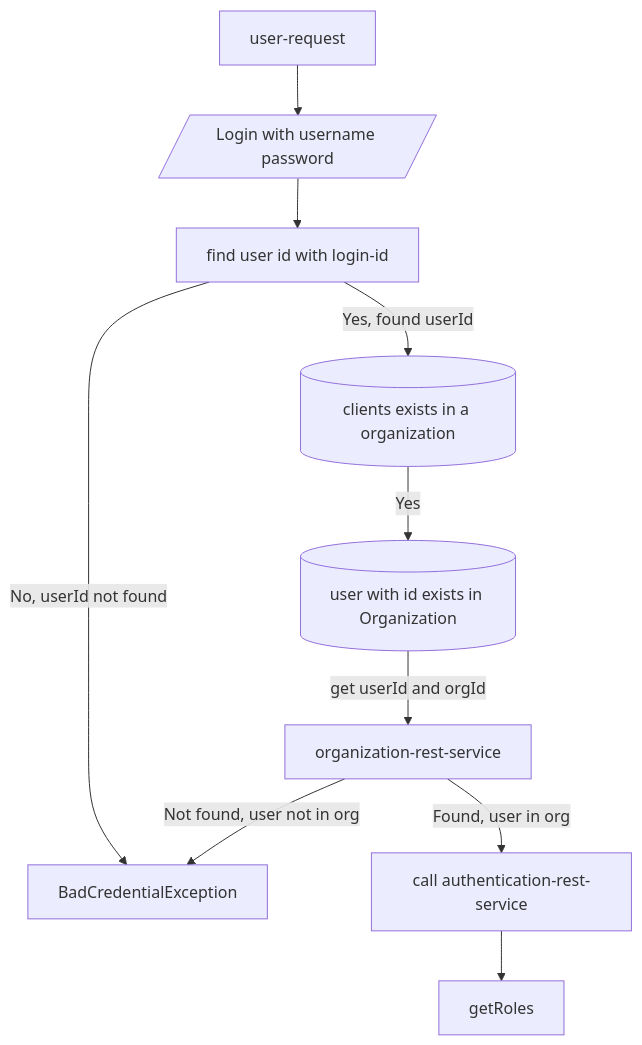
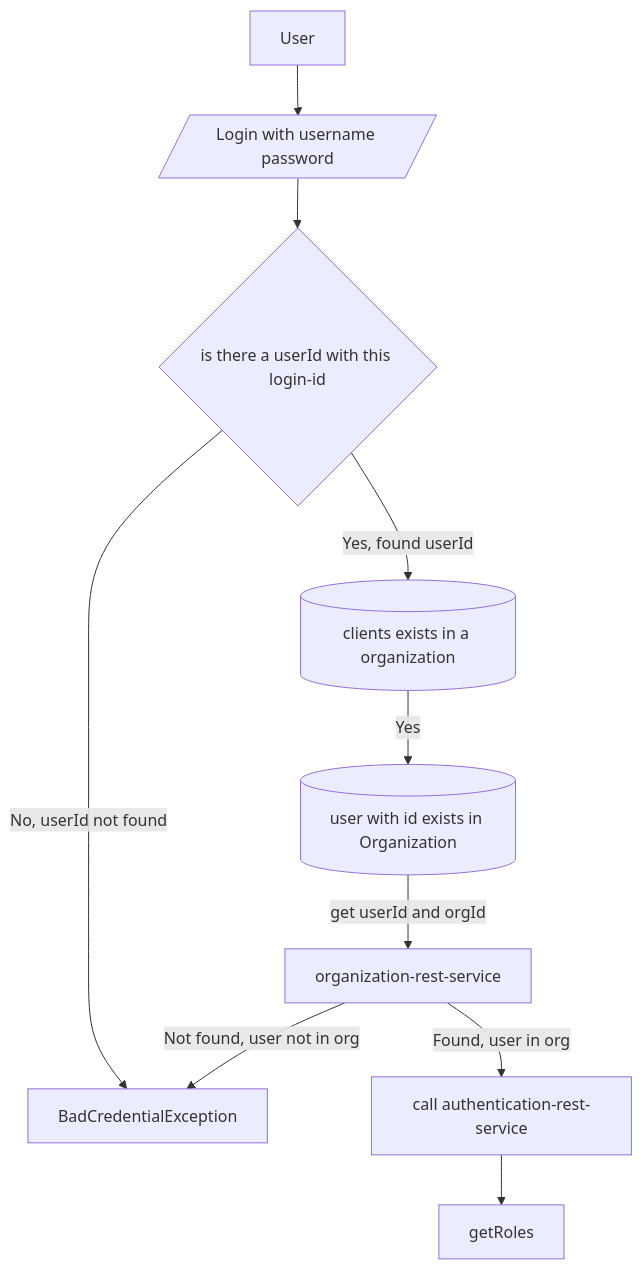
One commit to sonamsamdupkhangsar/spring-authorization-serve changed the diagram in README.md. Above: the diagram before and after it, drawn with Mermaid.

Commit message:
commit reademe

````diff
--- a/README.md
+++ b/README.md
@@ -35,13 +35,13 @@
 ```mermaid
 flowchart TD
- User[user-request] -->login[/Login with username password/]
- login --> findUserId[find user id with login-id]
- findUserId -->|Yes, found userId|checkClientInOrg[(clients exists in a organization)]
- findUserId -->|No, userId not found|returnError[BadCredentialException]
+ User -->login[/Login with username password/]
+ login --> getUserId{is there a userId with this login-id}
+ getUserId -->|Yes, found userId|checkClientInOrg[(clients exists in a organization)]
+ getUserId -->|No, userId not found|returnError[BadCredentialException]
  checkClientInOrg -->|Yes| userExistsInOrg[(user with id exists in Organization)]
 
  userExistsInOrg --get userId and orgId-->organizationRestService["organization-rest-service"]
  organizationRestService -->|Found, user in org|authenticate["call authentication-rest-service"]
  organizationRestService -->|Not found, user not in org| returnError
  authenticate --> getRoles
 ```
````
